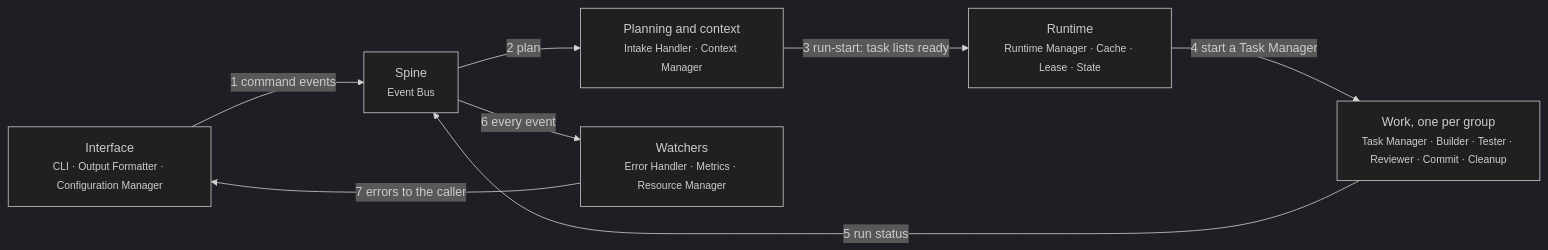
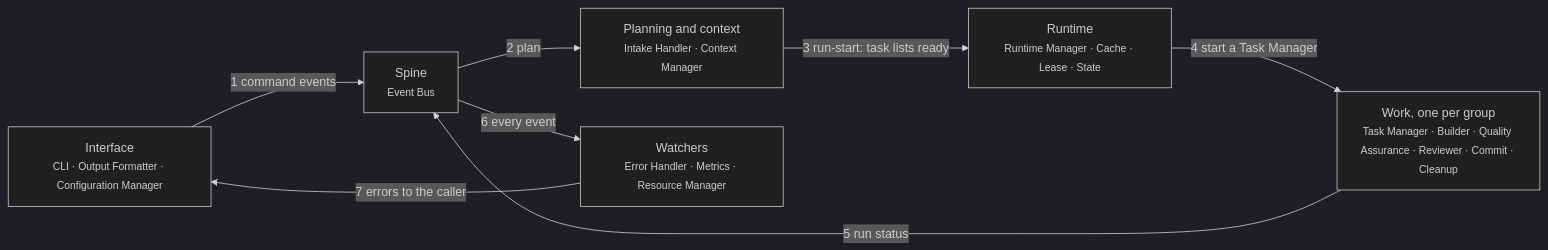
Before and after one commit to rdevitto86/komodo-agentic-harness-coding: the third of 5 diagrams in docs/hld.md, drawn with Mermaid (dark theme). The commit also changed other lines of this file and 1 other file, not shown here.

Commit message:
docs: rename the Tester to Quality Assurance; reopen G-309 as the branch-check interface

````diff
--- a/docs/hld.md
+++ b/docs/hld.md
@@ -124,16 +124,16 @@
 ```mermaid
 flowchart LR
   IF["Interface<br><small>CLI · Output Formatter · Configuration Manager</small>"]:::actor
   SP["Spine<br><small>Event Bus</small>"]:::core
   PL["Planning and context<br><small>Intake Handler · Context Manager</small>"]
   RT["Runtime<br><small>Runtime Manager · Cache · Lease · State</small>"]:::core
-  WK["Work, one per group<br><small>Task Manager · Builder · Tester · Reviewer · Commit · Cleanup</small>"]
+  WK["Work, one per group<br><small>Task Manager · Builder · Quality Assurance · Reviewer · Commit · Cleanup</small>"]
   WA["Watchers<br><small>Error Handler · Metrics · Resource Manager</small>"]:::muted
   IF -->|"1 command events"| SP
   SP -->|"2 plan"| PL
   PL -->|"3 run-start: task lists ready"| RT
   RT -->|"4 start a Task Manager"| WK
   WK -->|"5 run status"| SP
   SP -->|"6 every event"| WA
   WA -->|"7 errors to the caller"| IF
 ```
````
